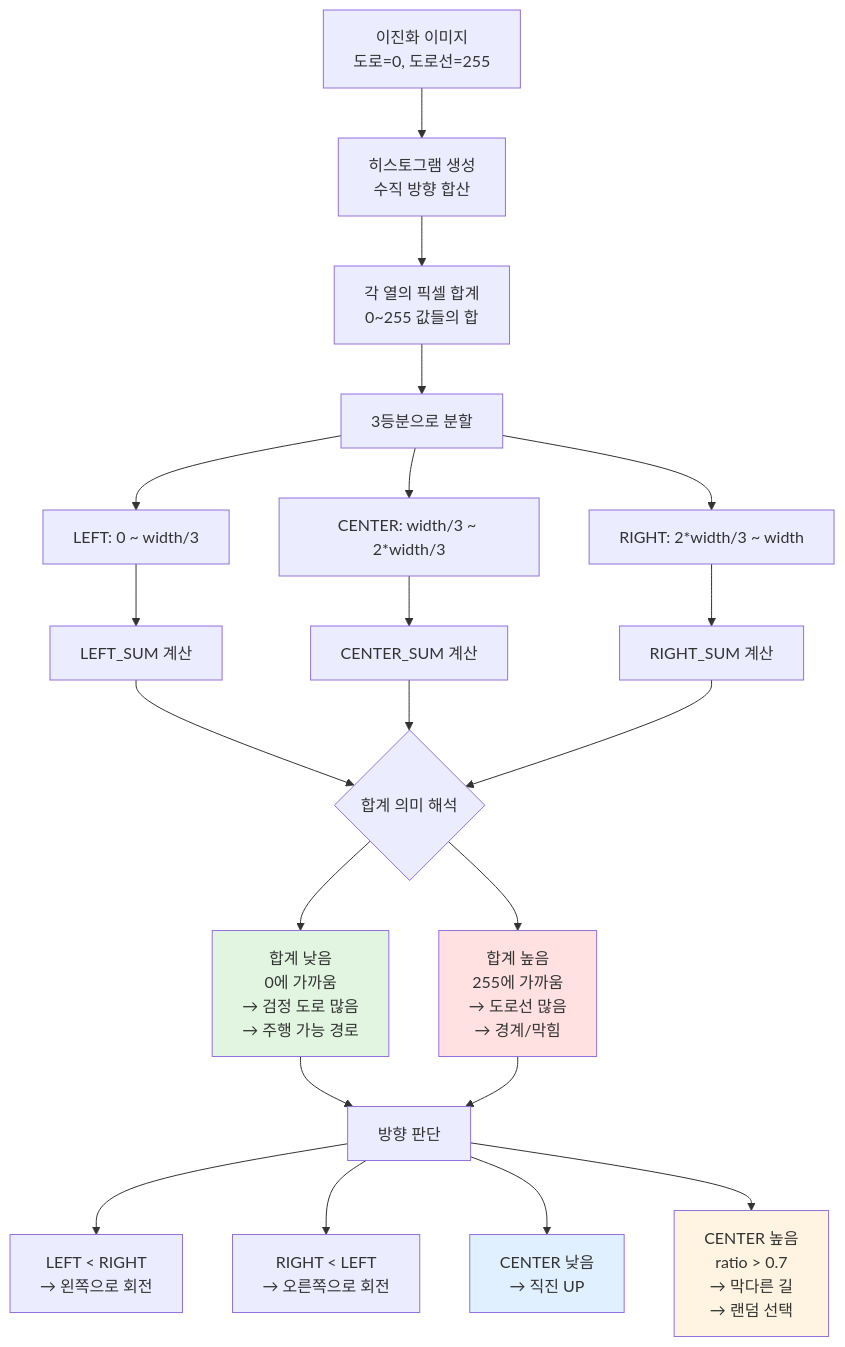
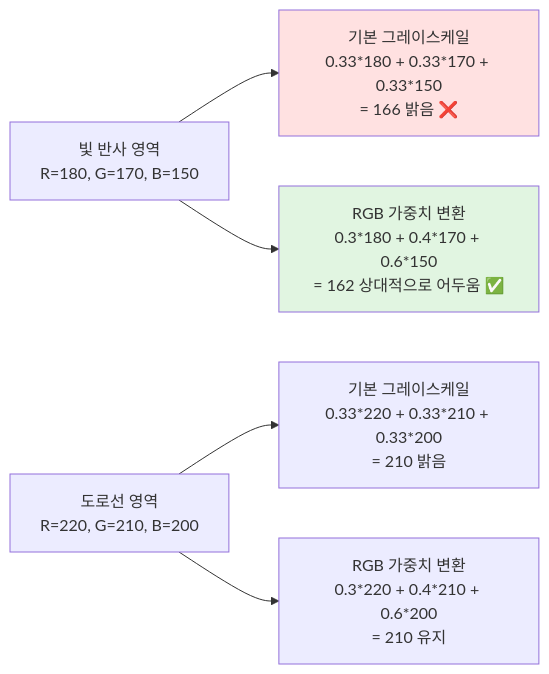
One commit to Collegenie-X/Raspbot-v2-self-driving-car changed the seventh of 12 diagrams in 03_self_driving/AUTOPLOT_SYSTEM_ANALYSIS.md. Above: the diagram before and after it, drawn with Mermaid. The commit also changed other lines of this file and 5 other files, not shown here.

````diff
--- a/03_self_driving/AUTOPLOT_SYSTEM_ANALYSIS.md
+++ b/03_self_driving/AUTOPLOT_SYSTEM_ANALYSIS.md
@@ -578,34 +515,11 @@
 ```mermaid
-flowchart TD
-    A[이진화 이미지<br/>도로=0, 도로선=255] --> B[히스토그램 생성<br/>수직 방향 합산]
-    B --> C[각 열의 픽셀 합계<br/>0~255 값들의 합]
+flowchart LR
+    A[빛 반사 영역<br/>R=180, G=170, B=150] --> B[기본 그레이스케일<br/>0.33*180 + 0.33*170 + 0.33*150<br/>= 166 밝음 ❌]
+    A --> C[RGB 가중치 변환<br/>0.3*180 + 0.4*170 + 0.6*150<br/>= 162 상대적으로 어두움 ✅]
     
-    C --> D[3등분으로 분할]
-    D --> D1[LEFT: 0 ~ width/3]
-    D --> D2[CENTER: width/3 ~ 2*width/3]
-    D --> D3[RIGHT: 2*width/3 ~ width]
+    D[도로선 영역<br/>R=220, G=210, B=200] --> E[기본 그레이스케일<br/>0.33*220 + 0.33*210 + 0.33*200<br/>= 210 밝음]
+    D --> F[RGB 가중치 변환<br/>0.3*220 + 0.4*210 + 0.6*200<br/>= 210 유지]
     
-    D1 --> E[LEFT_SUM 계산]
-    D2 --> F[CENTER_SUM 계산]
-    D3 --> G[RIGHT_SUM 계산]
-    
-    E --> H{합계 의미 해석}
-    F --> H
-    G --> H
-    
-    H --> I1[합계 낮음<br/>0에 가까움<br/>→ 검정 도로 많음<br/>→ 주행 가능 경로]
-    H --> I2[합계 높음<br/>255에 가까움<br/>→ 도로선 많음<br/>→ 경계/막힘]
-    
-    I1 --> J[방향 판단]
-    I2 --> J
-    
-    J --> K1[LEFT < RIGHT<br/>→ 왼쪽으로 회전]
-    J --> K2[RIGHT < LEFT<br/>→ 오른쪽으로 회전]
-    J --> K3[CENTER 낮음<br/>→ 직진 UP]
-    J --> K4[CENTER 높음<br/>ratio > 0.7<br/>→ 막다른 길<br/>→ 랜덤 선택]
-    
-    style I1 fill:#e1f5e1
-    style I2 fill:#ffe1e1
-    style K3 fill:#e1f0ff
-    style K4 fill:#fff4e1
+    style B fill:#ffe1e1
+    style C fill:#e1f5e1
 ```
````
